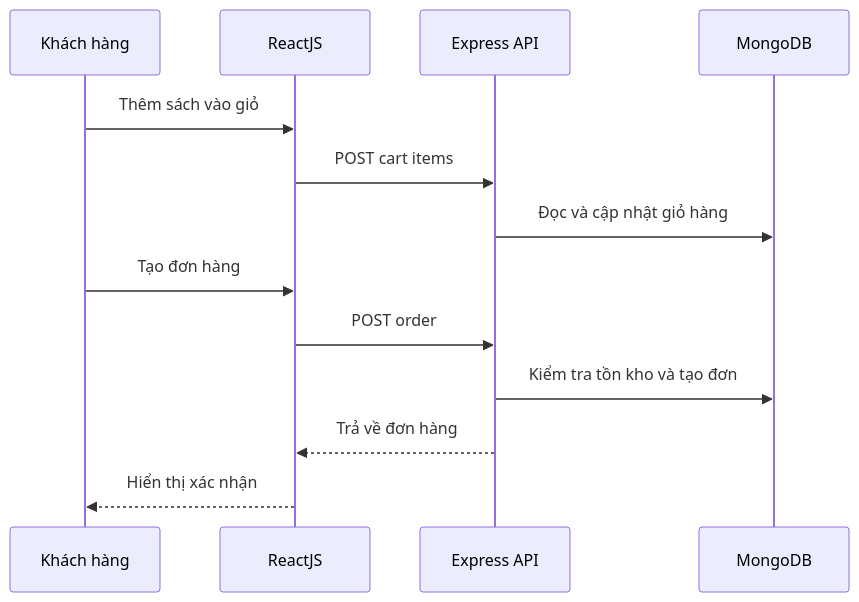
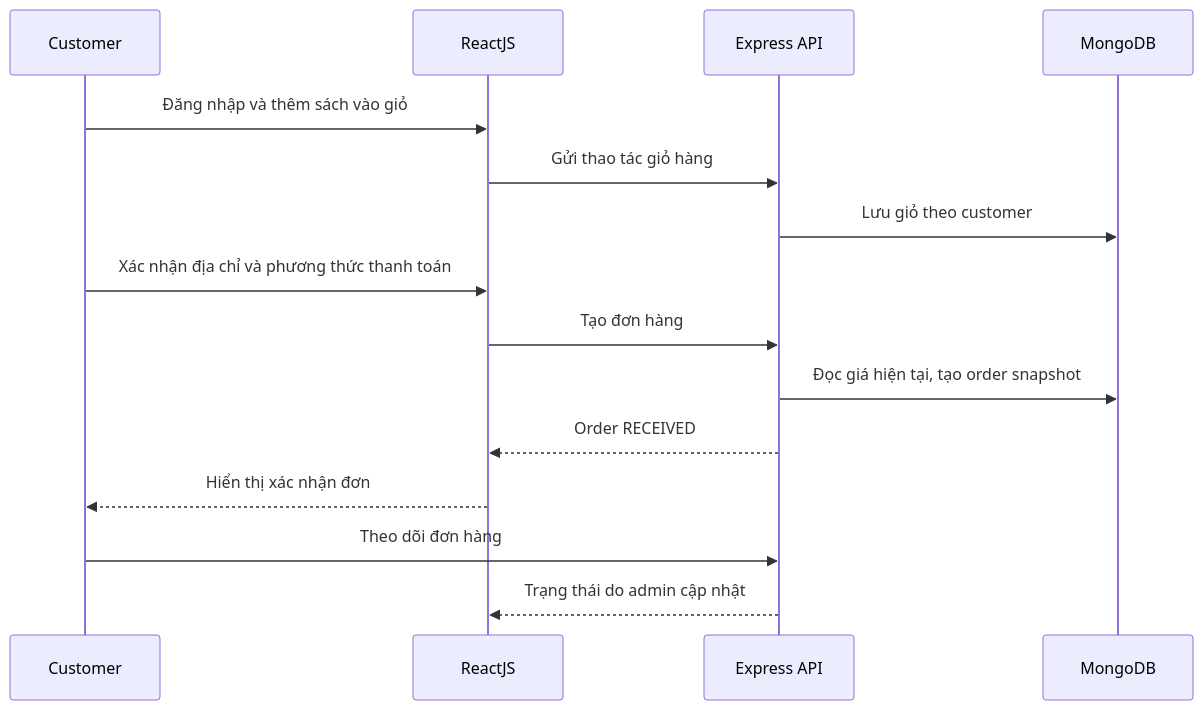
One commit to imasing/Book-Store changed the second of 2 diagrams in SystemDesign.md. Above: the diagram before and after it, drawn with Mermaid. The commit also changed other lines of this file and 38 other files, not shown here.

````diff
--- a/SystemDesign.md
+++ b/SystemDesign.md
@@ -119,16 +71,18 @@
 ```mermaid
 sequenceDiagram
-    participant Customer as Khách hàng
-    participant Web as ReactJS
-    participant API as Express API
-    participant DB as MongoDB
+    participant C as Customer
+    participant F as ReactJS
+    participant A as Express API
+    participant D as MongoDB
 
-    Customer->>Web: Thêm sách vào giỏ
-    Web->>API: POST cart items
-    API->>DB: Đọc và cập nhật giỏ hàng
-    Customer->>Web: Tạo đơn hàng
-    Web->>API: POST order
-    API->>DB: Kiểm tra tồn kho và tạo đơn
-    API-->>Web: Trả về đơn hàng
-    Web-->>Customer: Hiển thị xác nhận
+    C->>F: Đăng nhập và thêm sách vào giỏ
+    F->>A: Gửi thao tác giỏ hàng
+    A->>D: Lưu giỏ theo customer
+    C->>F: Xác nhận địa chỉ và phương thức thanh toán
+    F->>A: Tạo đơn hàng
+    A->>D: Đọc giá hiện tại, tạo order snapshot
+    A-->>F: Order RECEIVED
+    F-->>C: Hiển thị xác nhận đơn
+    C->>A: Theo dõi đơn hàng
+    A-->>F: Trạng thái do admin cập nhật
 ```
````
